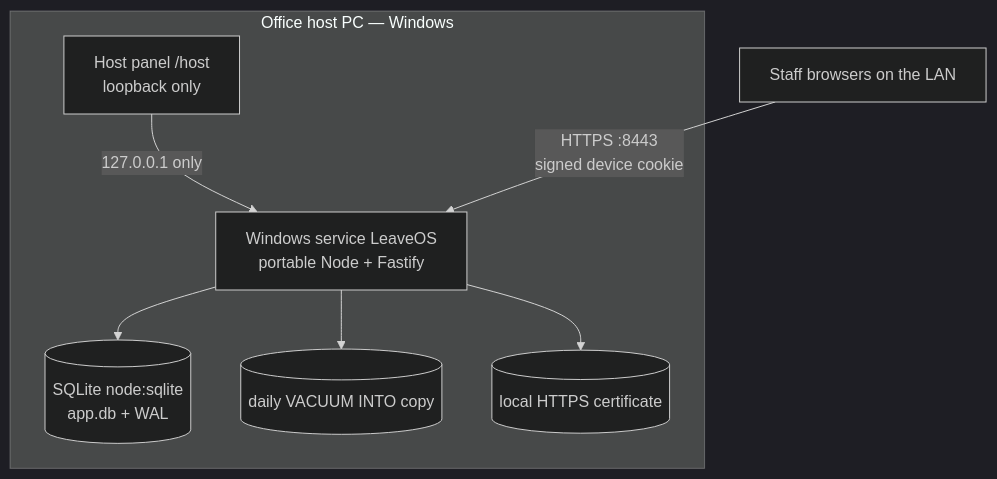
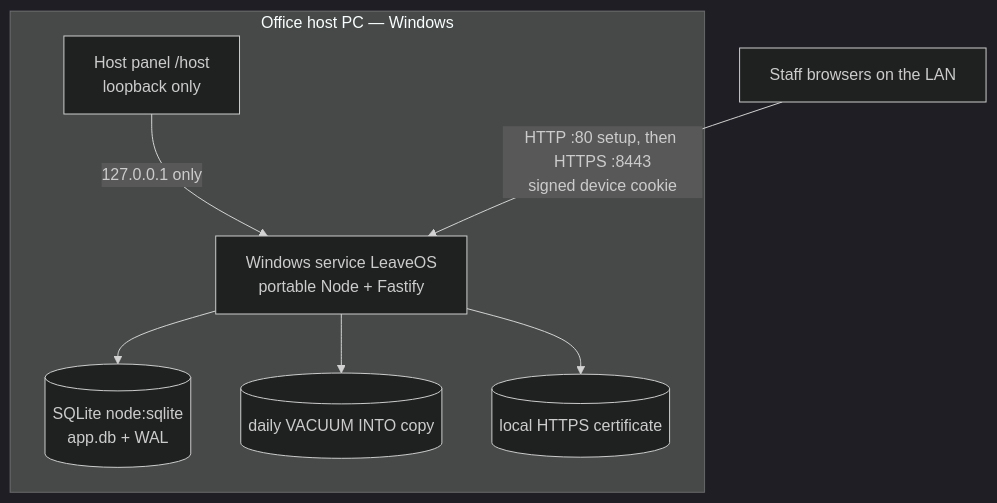
The first of 2 diagrams in docs/ARCHITECTURE.md (SHADOW-465/SnS-leave-management), drawn with Mermaid (dark theme) before and after one commit. The commit also changed other lines of this file and 11 other files, not shown here.

Commit message:
feat(setup): point staff links and the firewall at the HTTP page

````diff
--- a/docs/ARCHITECTURE.md
+++ b/docs/ARCHITECTURE.md
@@ -16,15 +16,15 @@
 ```mermaid
 flowchart TB
   subgraph host["Office host PC — Windows"]
     svc["Windows service LeaveOS<br/>portable Node + Fastify"]
     panel["Host panel /host<br/>loopback only"]
     db[("SQLite node:sqlite<br/>app.db + WAL")]
     bak[("daily VACUUM INTO copy")]
     cert[("local HTTPS certificate")]
     svc --> db
     svc --> bak
     svc --> cert
     panel -- "127.0.0.1 only" --> svc
   end
-  emp["Staff browsers on the LAN"] -- "HTTPS :8443<br/>signed device cookie" --> svc
+  emp["Staff browsers on the LAN"] -- "HTTP :80 setup, then HTTPS :8443<br/>signed device cookie" --> svc
 ```
````
